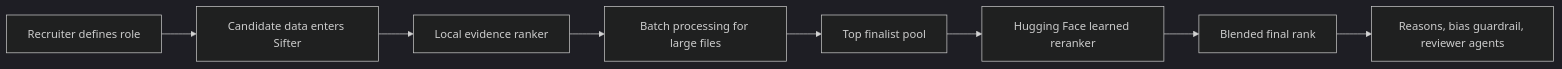
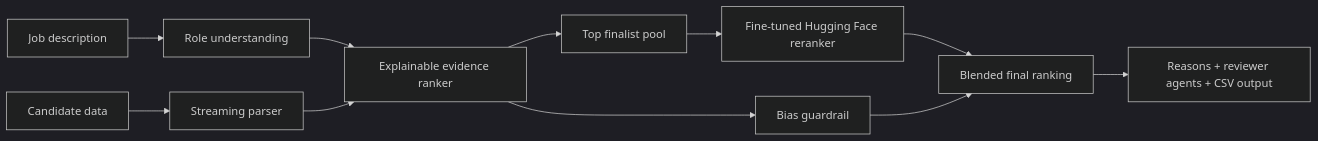
The first of 2 diagrams in README.md (shikhar1809/Sifter_Redrob_Hackathon), drawn with Mermaid (dark theme) before and after one commit. The commit also changed other lines of this file, not shown here.

````diff
--- a/README.md
+++ b/README.md
@@ -71,10 +69,13 @@
 ```mermaid
 flowchart LR
-  A["Recruiter defines role"] --> B["Candidate data enters Sifter"]
-  B --> C["Local evidence ranker"]
-  C --> D["Batch processing for large files"]
-  D --> E["Top finalist pool"]
-  E --> F["Hugging Face learned reranker"]
-  F --> G["Blended final rank"]
-  G --> H["Reasons, bias guardrail, reviewer agents"]
+  A["Job description"] --> B["Role understanding"]
+  C["Candidate data"] --> D["Streaming parser"]
+  B --> E["Explainable evidence ranker"]
+  D --> E
+  E --> F["Top finalist pool"]
+  F --> G["Fine-tuned Hugging Face reranker"]
+  E --> H["Bias guardrail"]
+  G --> I["Blended final ranking"]
+  H --> I
+  I --> J["Reasons + reviewer agents + CSV output"]
 ```
````
